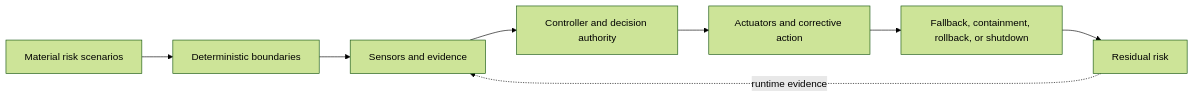
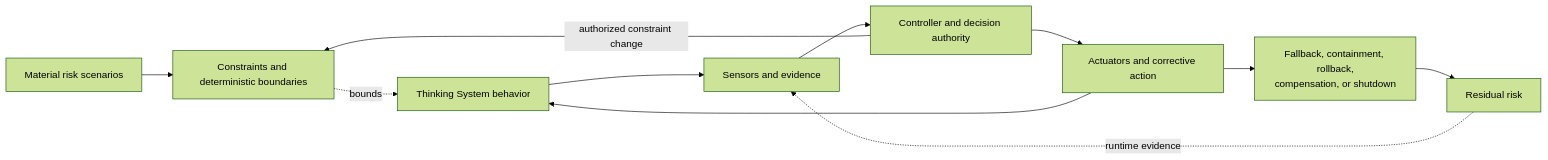
Before and after one commit to UncertaintyArchitectureGroup/uncertainty-architecture: the second of 2 diagrams in 01-patterns/project-control-architecture-and-viability-review-template.md, drawn with Mermaid (forest theme). The commit also changed other lines of this file, not shown here.

Commit message:
docs: add project constraint architecture to template

````diff
--- a/01-patterns/project-control-architecture-and-viability-review-template.md
+++ b/01-patterns/project-control-architecture-and-viability-review-template.md
@@ -303,13 +347,18 @@
 ```mermaid
 flowchart LR
     R[Material risk scenarios]
-    B[Deterministic boundaries]
+    K[Constraints and deterministic boundaries]
+    P[Thinking System behavior]
     S[Sensors and evidence]
     C[Controller and decision authority]
     A[Actuators and corrective action]
-    F[Fallback, containment, rollback, or shutdown]
+    F[Fallback, containment, rollback,<br/>compensation, or shutdown]
     X[Residual risk]
 
-    R --> B --> S --> C --> A --> F --> X
+    R --> K
+    K -. bounds .-> P
+    P --> S --> C --> A --> P
+    A --> F --> X
     X -. runtime evidence .-> S
+    C -->|authorized constraint change| K
 ```
````
